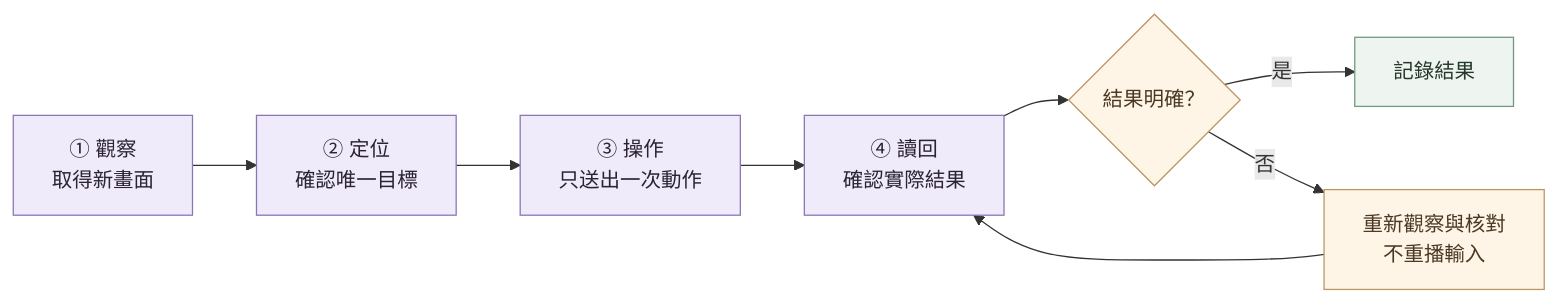
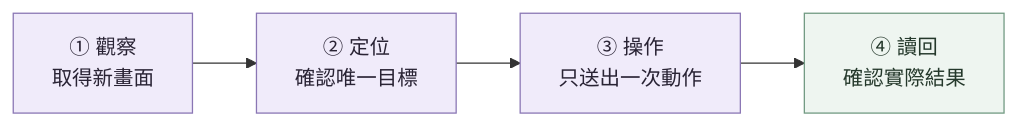
Before and after one commit to bensonmaxai/roon-desktop-mcp: the first of 2 diagrams in README.md, drawn with Mermaid. The commit also changed other lines of this file, not shown here.

Commit message:
docs: improve operation diagram readability

````diff
--- a/README.md
+++ b/README.md
@@ -54,16 +54,10 @@
 ```mermaid
 flowchart LR
     A["① 觀察<br/>取得新畫面"] --> B["② 定位<br/>確認唯一目標"]
     B --> C["③ 操作<br/>只送出一次動作"]
     C --> D["④ 讀回<br/>確認實際結果"]
-    D --> E{"結果明確？"}
-    E -->|是| F["記錄結果"]
-    E -->|否| G["重新觀察與核對<br/>不重播輸入"]
-    G --> D
     classDef step fill:#f0ebfa,stroke:#8a76b4,color:#292334;
     classDef result fill:#eef5f0,stroke:#719982,color:#24382b;
-    classDef pending fill:#fff5e6,stroke:#ba9663,color:#4a3824;
-    class A,B,C,D step;
-    class F result;
-    class E,G pending;
+    class A,B,C step;
+    class D result;
 ```
````
